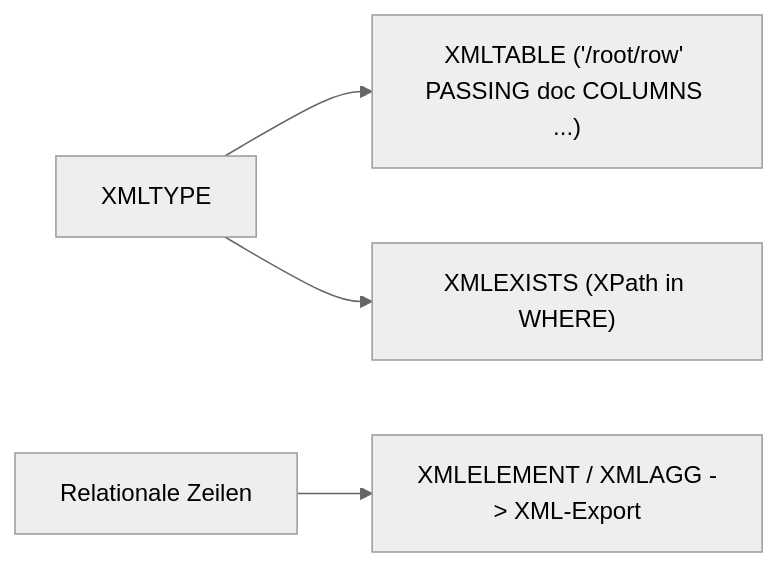
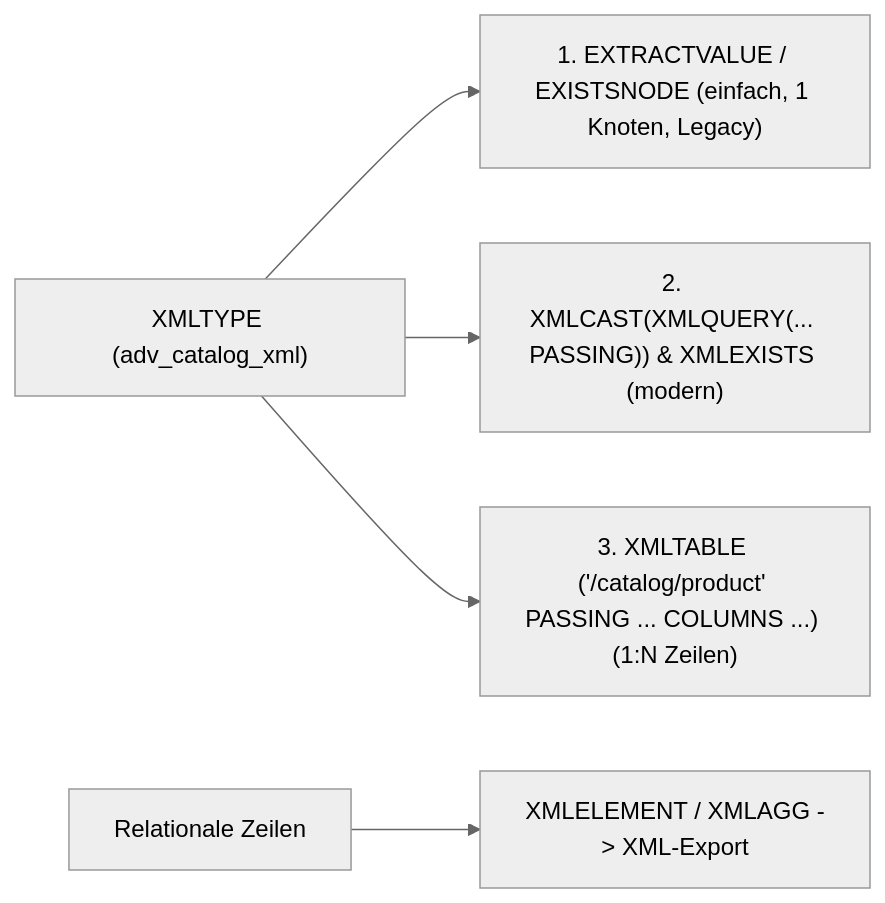
One commit to chatelao/sql-schulung changed the diagram in advanced/docs/modul-04-xml.md. Above: the diagram before and after it, drawn with Mermaid (neutral theme). The commit also changed other lines of this file, not shown here.

Commit message:
Add EXTRACTVALUE/EXTRACT/EXISTSNODE intro before XMLQUERY/XMLTABLE in Modul 4 XML

````diff
--- a/advanced/docs/modul-04-xml.md
+++ b/advanced/docs/modul-04-xml.md
@@ -36,6 +65,7 @@
 ```mermaid
 flowchart LR
-    X["XMLTYPE"] --> T["XMLTABLE ('/root/row' PASSING doc COLUMNS ...)"]
-    X --> E["XMLEXISTS (XPath in WHERE)"]
+    X["XMLTYPE (adv_catalog_xml)"] --> L["1. EXTRACTVALUE / EXISTSNODE (einfach, 1 Knoten, Legacy)"]
+    X --> M["2. XMLCAST(XMLQUERY(... PASSING)) & XMLEXISTS (modern)"]
+    X --> T["3. XMLTABLE ('/catalog/product' PASSING ... COLUMNS ...) (1:N Zeilen)"]
     R["Relationale Zeilen"] --> G["XMLELEMENT / XMLAGG -> XML-Export"]
 ```
````
